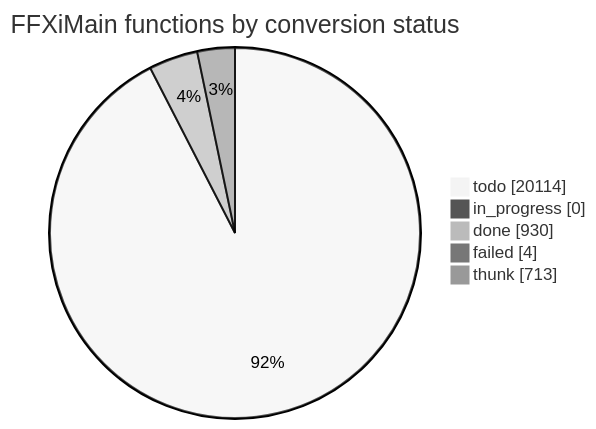
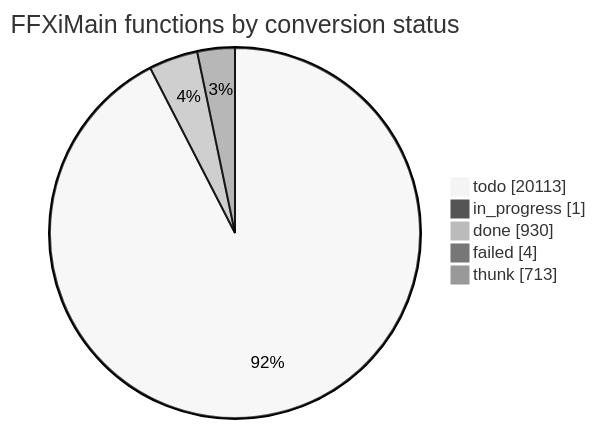
Before and after one commit to cowrevenge/cow_kuluu_xi_anything: the diagram in docs/cow/STATUS.md, drawn with Mermaid (neutral theme). The commit also changed other lines of this file and 7 other files, not shown here.

````diff
--- a/docs/cow/STATUS.md
+++ b/docs/cow/STATUS.md
@@ -18,9 +18,9 @@
 ```mermaid
 pie showData
     title FFXiMain functions by conversion status
-    "todo" : 20114
-    "in_progress" : 0
+    "todo" : 20113
+    "in_progress" : 1
     "done" : 930
     "failed" : 4
     "thunk" : 713
 ```
````
